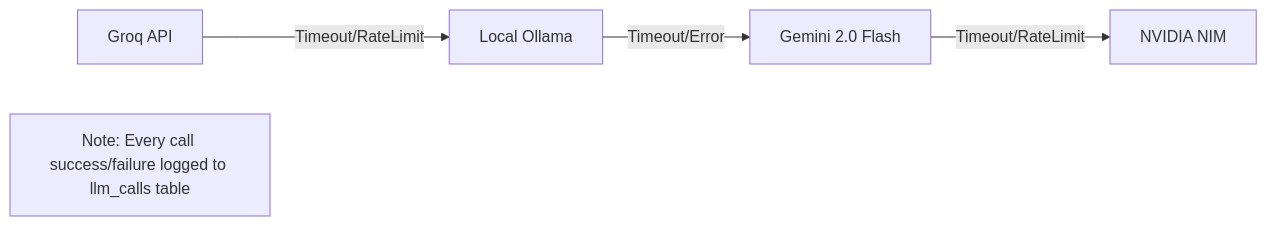
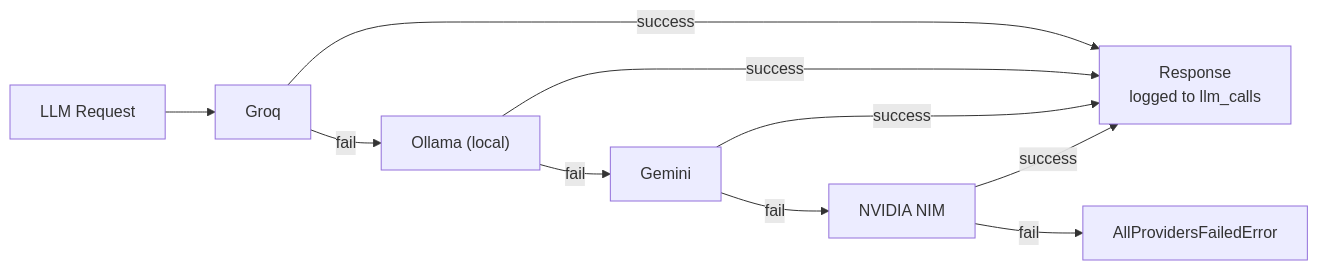
One commit to raghul-cyber/contractor-os changed the fourth of 5 diagrams in README.md. Above: the diagram before and after it, drawn with Mermaid. The commit also changed other lines of this file, not shown here.

Commit message:
docs: add full project README with architecture diagrams

````diff
--- a/README.md
+++ b/README.md
@@ -166,8 +203,12 @@
 ```mermaid
 flowchart LR
-    Groq[Groq API] -->|Timeout/RateLimit| Ollama[Local Ollama]
-    Ollama -->|Timeout/Error| Gemini[Gemini 2.0 Flash]
-    Gemini -->|Timeout/RateLimit| NVIDIA[NVIDIA NIM]
-    
-    note[Note: Every call success/failure logged to llm_calls table]
+    A[LLM Request] --> B[Groq]
+    B -->|fail| C["Ollama (local)"]
+    C -->|fail| D[Gemini]
+    D -->|fail| E[NVIDIA NIM]
+    B -->|success| F["Response<br/>logged to llm_calls"]
+    C -->|success| F
+    D -->|success| F
+    E -->|success| F
+    E -->|fail| G[AllProvidersFailedError]
 ```
````
